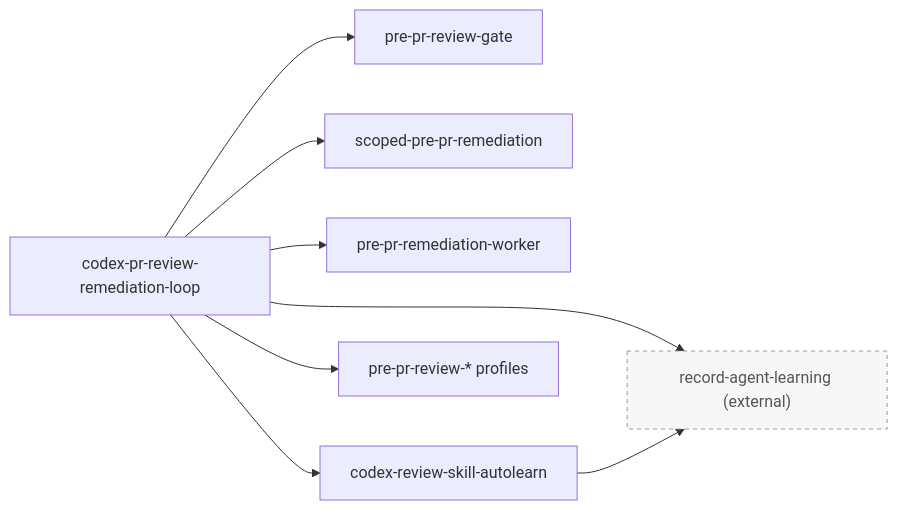
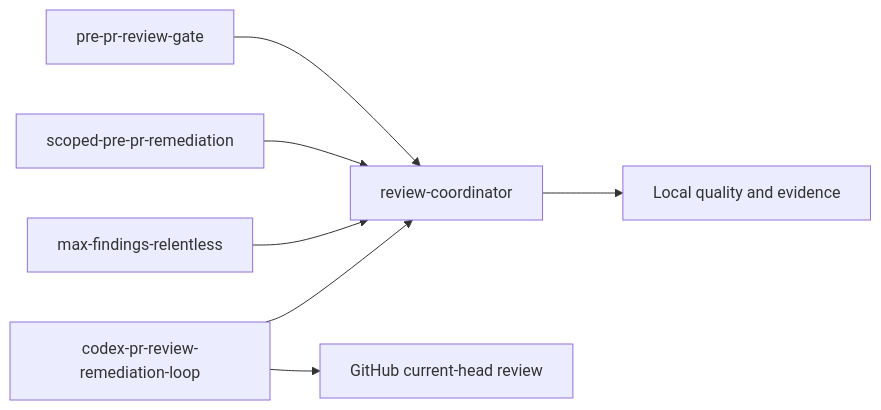
Before and after one commit to marcomc/skills: the first of 6 diagrams in README.md, drawn with Mermaid. The commit also changed other lines of this file and 132 other files, not shown here.

````diff
--- a/README.md
+++ b/README.md
@@ -161,23 +230,11 @@
 ```mermaid
 flowchart LR
-    accTitle: PR review coordination
-    accDescr: Shows how the Codex PR remediation loop delegates review, scoped remediation, worker, profile, and learning skills.
-
-    classDef external fill:#f7f7f7,stroke:#999,stroke-dasharray: 4 4,color:#555;
-
-    pr_loop["codex-pr-review-remediation-loop"]
-    gate["pre-pr-review-gate"]
-    scoped["scoped-pre-pr-remediation"]
-    worker["pre-pr-remediation-worker"]
-    autolearn["codex-review-skill-autolearn"]
-    profiles["pre-pr-review-* profiles"]
-    learning["record-agent-learning (external)"]:::external
-
-    pr_loop --> gate
-    pr_loop --> scoped
-    pr_loop --> worker
-    pr_loop --> autolearn
-    pr_loop --> profiles
-    pr_loop --> learning
-    autolearn --> learning
+    accTitle: One review coordinator
+    accDescr: Local entrypoints share a single coordinator while the cloud adapter observes and requests authorized GitHub review.
+    gate["pre-pr-review-gate"] --> core["review-coordinator"]
+    scoped["scoped-pre-pr-remediation"] --> core
+    relentless["max-findings-relentless"] --> core
+    cloud["codex-pr-review-remediation-loop"] --> core
+    core --> quality["Local quality and evidence"]
+    cloud --> remote["GitHub current-head review"]
 ```
````
